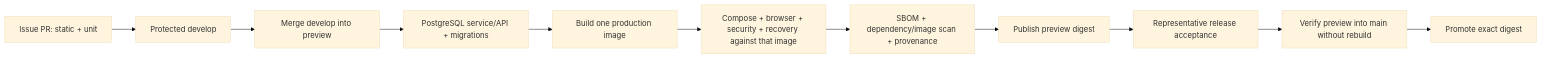
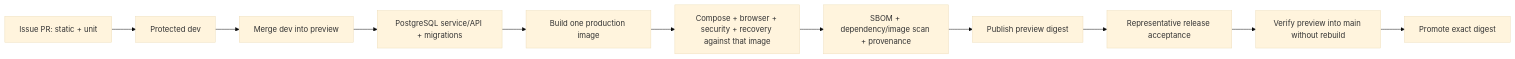
Before and after one commit to tomlawesome/orbit: the diagram in docs/quality-strategy.md, drawn with Mermaid (base theme). The commit also changed other lines of this file and 10 other files, not shown here.

````diff
--- a/docs/quality-strategy.md
+++ b/docs/quality-strategy.md
@@ -88,17 +88,17 @@
 ```mermaid
 flowchart LR
     issue["Issue PR: static + unit"]
-    develop["Protected develop"]
-    train["Merge develop into preview"]
+    dev["Protected dev"]
+    train["Merge dev into preview"]
     integration["PostgreSQL service/API + migrations"]
     build["Build one production image"]
     system["Compose + browser + security + recovery against that image"]
     supply["SBOM + dependency/image scan + provenance"]
     preview["Publish preview digest"]
     manual["Representative release acceptance"]
     stable["Verify preview into main without rebuild"]
     promote["Promote exact digest"]
 
-    issue --> develop --> train --> integration --> build --> system
+    issue --> dev --> train --> integration --> build --> system
     system --> supply --> preview --> manual --> stable --> promote
 ```
````
